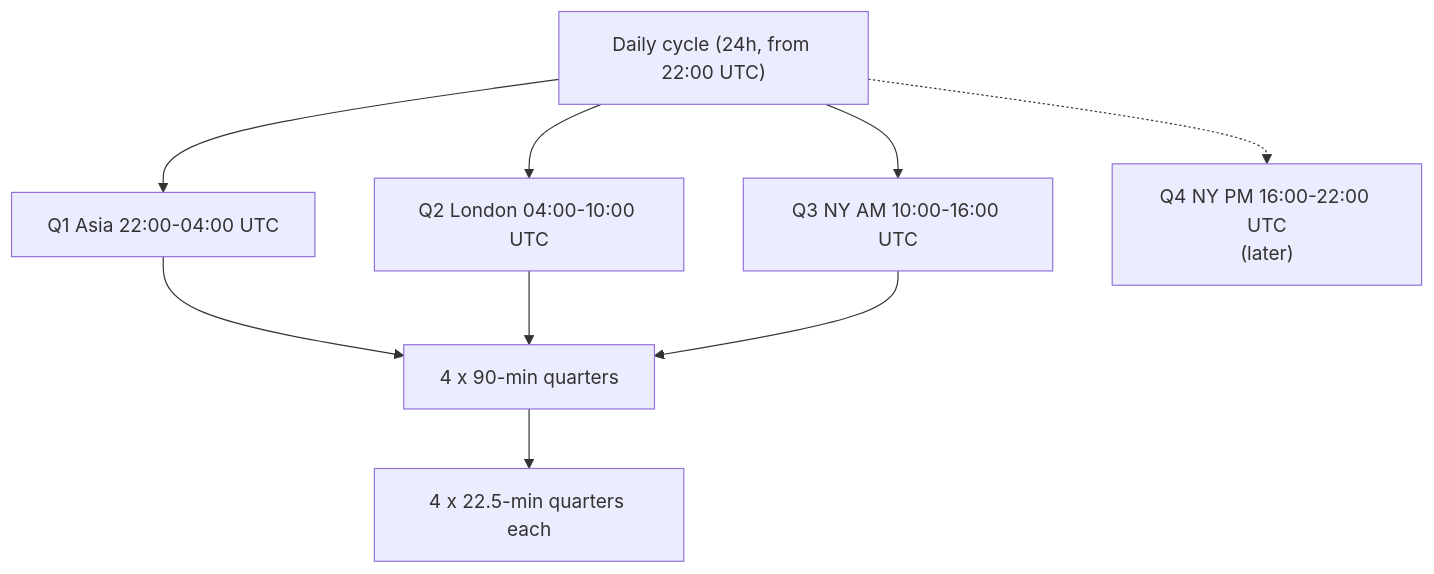
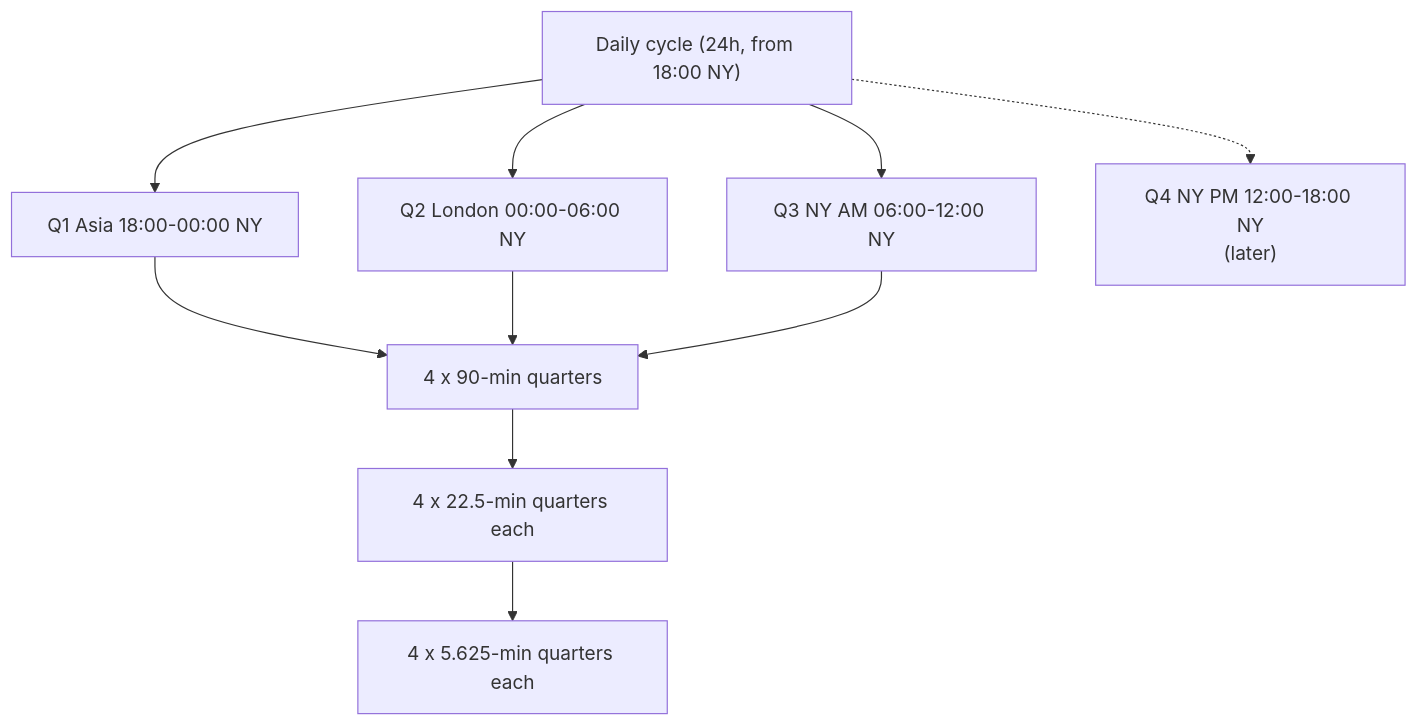
Before and after one commit to parvanescu/ict-backtest-engine: the second of 2 diagrams in documents/implementation_strategy/00_overview.md, drawn with Mermaid. The commit also changed other lines of this file and 551 other files, not shown here.

````diff
--- a/documents/implementation_strategy/00_overview.md
+++ b/documents/implementation_strategy/00_overview.md
@@ -52,11 +54,12 @@
 ```mermaid
 flowchart TD
-    D["Daily cycle (24h, from 22:00 UTC)"] --> S1["Q1 Asia 22:00-04:00 UTC"]
-    D --> S2["Q2 London 04:00-10:00 UTC"]
-    D --> S3["Q3 NY AM 10:00-16:00 UTC"]
-    D -.-> S4["Q4 NY PM 16:00-22:00 UTC<br/>(later)"]
+    D["Daily cycle (24h, from 18:00 NY)"] --> S1["Q1 Asia 18:00-00:00 NY"]
+    D --> S2["Q2 London 00:00-06:00 NY"]
+    D --> S3["Q3 NY AM 06:00-12:00 NY"]
+    D -.-> S4["Q4 NY PM 12:00-18:00 NY<br/>(later)"]
     S1 --> M["4 x 90-min quarters"]
     S2 --> M
     S3 --> M
     M --> Q["4 x 22.5-min quarters each"]
+    Q --> F["4 x 5.625-min quarters each"]
 ```
````
